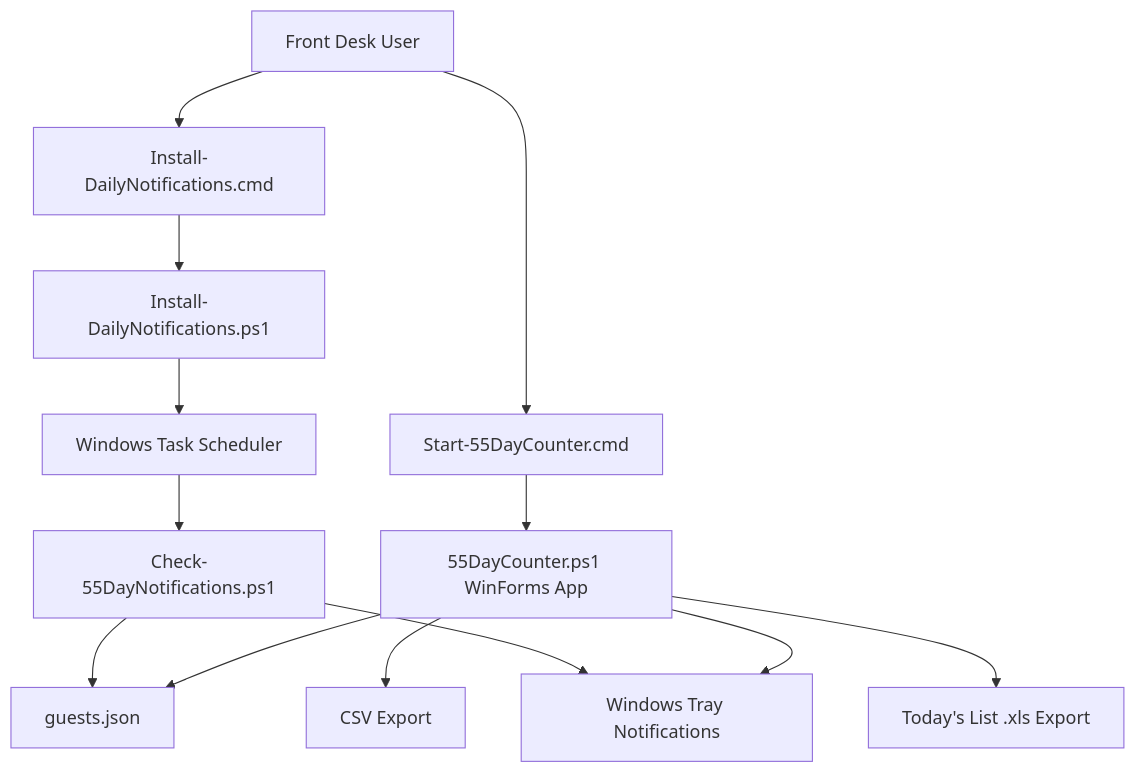
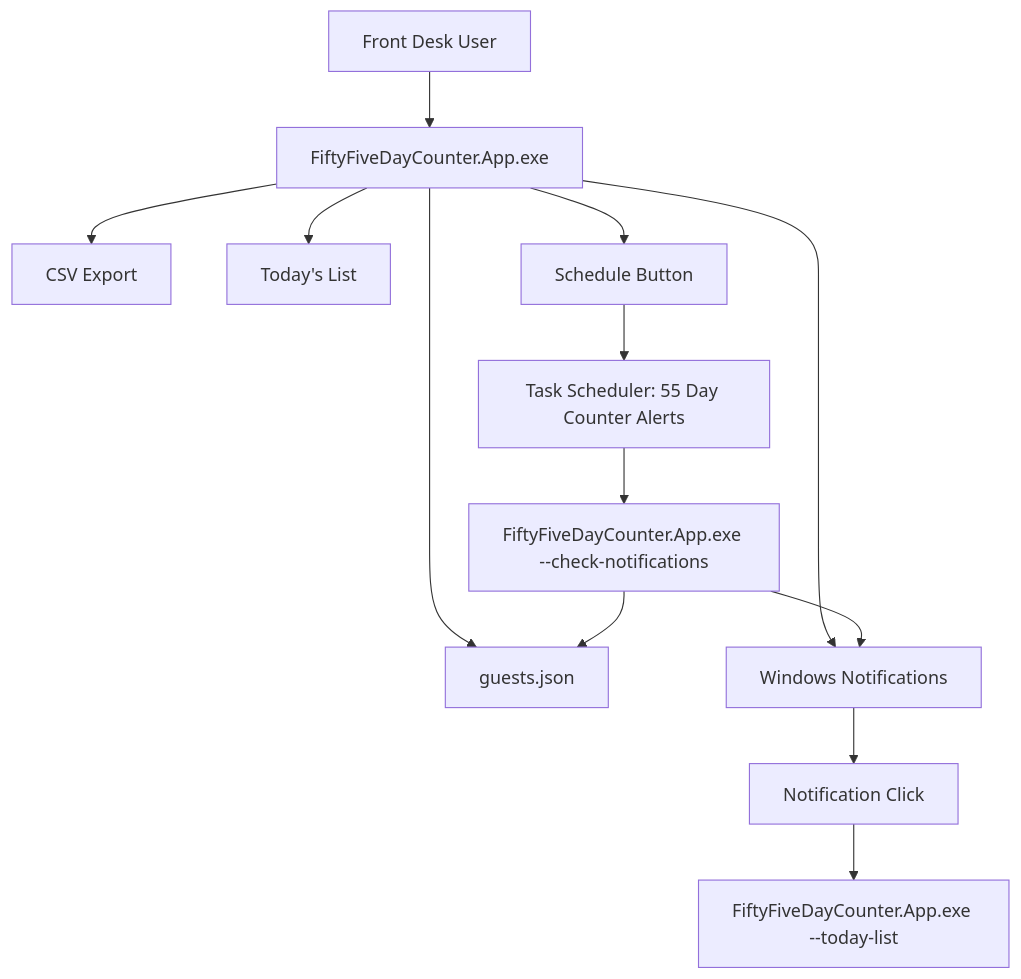
The diagram in docs/SYSTEM_ARCHITECTURE.md (HImeshSankhala/55DayCounter), drawn with Mermaid before and after one commit. The commit also changed other lines of this file and 24 other files, not shown here.

````diff
--- a/docs/SYSTEM_ARCHITECTURE.md
+++ b/docs/SYSTEM_ARCHITECTURE.md
@@ -64,16 +61,15 @@
 ```mermaid
 flowchart TD
-    User["Front Desk User"] --> Launcher["Start-55DayCounter.cmd"]
-    Launcher --> App["55DayCounter.ps1 WinForms App"]
+    User["Front Desk User"] --> App["FiftyFiveDayCounter.App.exe"]
     App --> Data["guests.json"]
-    App --> Tray["Windows Tray Notifications"]
     App --> CSV["CSV Export"]
-    App --> Excel["Today's List .xls Export"]
-
-    User --> InstallTask["Install-DailyNotifications.cmd"]
-    InstallTask --> TaskScript["Install-DailyNotifications.ps1"]
-    TaskScript --> Scheduler["Windows Task Scheduler"]
-    Scheduler --> Checker["Check-55DayNotifications.ps1"]
-    Checker --> Data
-    Checker --> Tray
+    App --> Today["Today's List"]
+    App --> Notify["Windows Notifications"]
+    App --> Schedule["Schedule Button"]
+    Schedule --> Task["Task Scheduler: 55 Day Counter Alerts"]
+    Task --> Check["FiftyFiveDayCounter.App.exe --check-notifications"]
+    Check --> Data
+    Check --> Notify
+    Notify --> Click["Notification Click"]
+    Click --> TodayOpen["FiftyFiveDayCounter.App.exe --today-list"]
 ```
````
